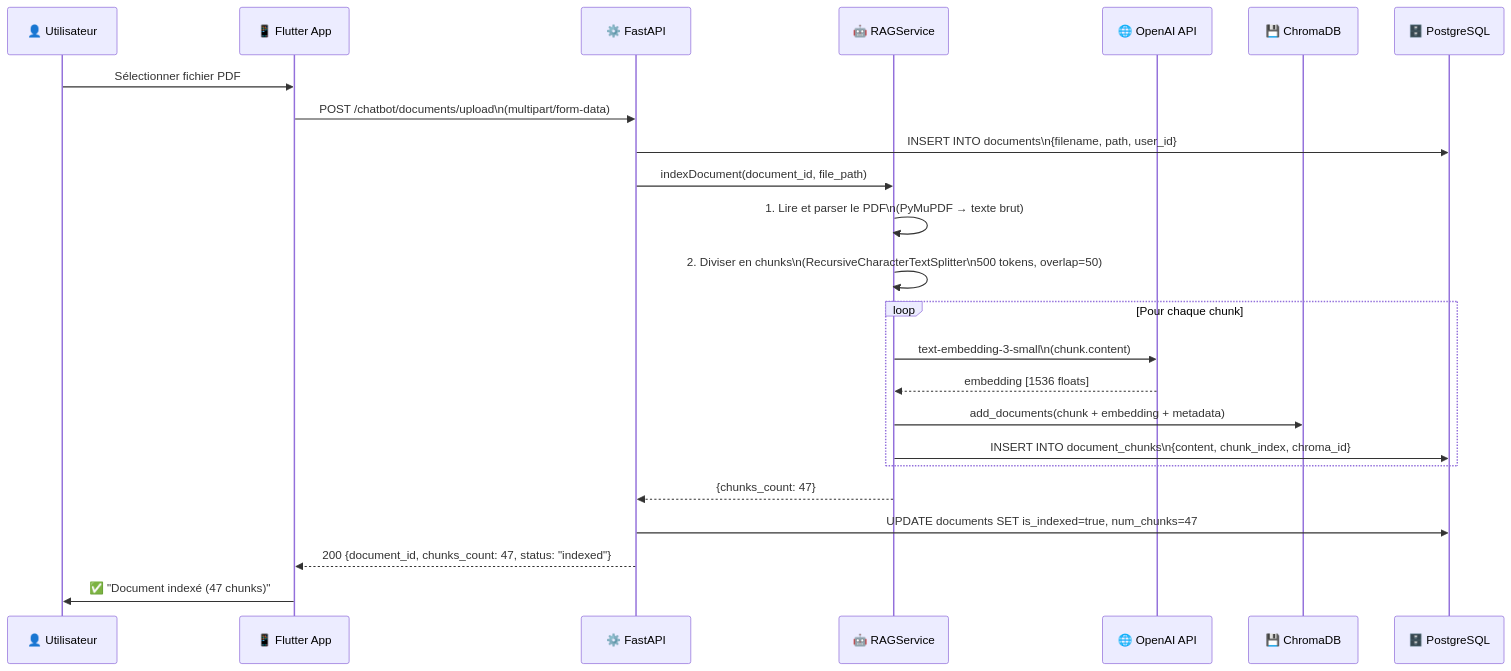
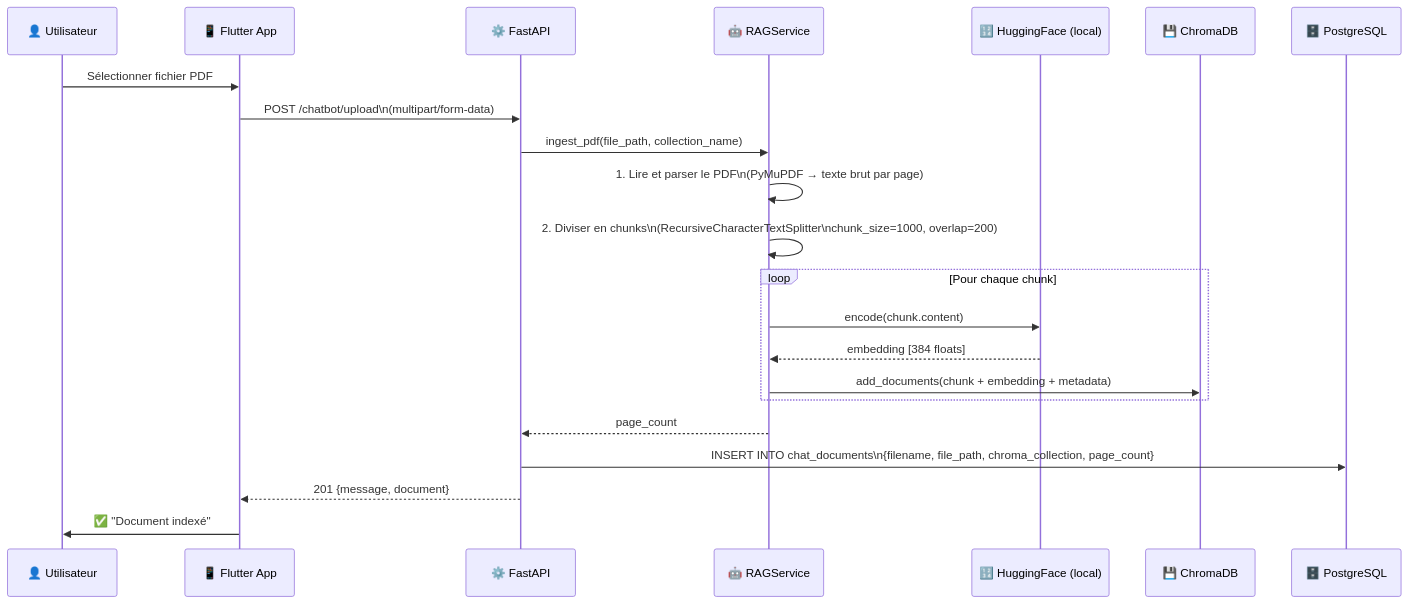
One commit to Jkacem/smart_focus changed the second of 7 diagrams in docs/Conception_Flux_RAG_Chatbot.md. Above: the diagram before and after it, drawn with Mermaid. The commit also changed other lines of this file and 93 other files, not shown here.

````diff
--- a/docs/Conception_Flux_RAG_Chatbot.md
+++ b/docs/Conception_Flux_RAG_Chatbot.md
@@ -55,30 +54,29 @@
 ```mermaid
 sequenceDiagram
     participant USER as 👤 Utilisateur
     participant APP as 📱 Flutter App
     participant API as ⚙️ FastAPI
     participant RAG as 🤖 RAGService
-    participant OAI as 🌐 OpenAI API
+    participant HF as 🔢 HuggingFace (local)
     participant CHROMA as 💾 ChromaDB
     participant PG as 🗄️ PostgreSQL
 
     USER->>APP: Sélectionner fichier PDF
-    APP->>API: POST /chatbot/documents/upload\n(multipart/form-data)
-    API->>PG: INSERT INTO documents\n{filename, path, user_id}
-    API->>RAG: indexDocument(document_id, file_path)
+    APP->>API: POST /chatbot/upload\n(multipart/form-data)
 
-    RAG->>RAG: 1. Lire et parser le PDF\n(PyMuPDF → texte brut)
-    RAG->>RAG: 2. Diviser en chunks\n(RecursiveCharacterTextSplitter\n500 tokens, overlap=50)
+    API->>RAG: ingest_pdf(file_path, collection_name)
+
+    RAG->>RAG: 1. Lire et parser le PDF\n(PyMuPDF → texte brut par page)
+    RAG->>RAG: 2. Diviser en chunks\n(RecursiveCharacterTextSplitter\nchunk_size=1000, overlap=200)
 
     loop Pour chaque chunk
-        RAG->>OAI: text-embedding-3-small\n(chunk.content)
-        OAI-->>RAG: embedding [1536 floats]
+        RAG->>HF: encode(chunk.content)
+        HF-->>RAG: embedding [384 floats]
         RAG->>CHROMA: add_documents(chunk + embedding + metadata)
-        RAG->>PG: INSERT INTO document_chunks\n{content, chunk_index, chroma_id}
     end
 
-    RAG-->>API: {chunks_count: 47}
-    API->>PG: UPDATE documents SET is_indexed=true, num_chunks=47
-    API-->>APP: 200 {document_id, chunks_count: 47, status: "indexed"}
-    APP->>USER: ✅ "Document indexé (47 chunks)"
+    RAG-->>API: page_count
+    API->>PG: INSERT INTO chat_documents\n{filename, file_path, chroma_collection, page_count}
+    API-->>APP: 201 {message, document}
+    APP->>USER: ✅ "Document indexé"
 ```
````
